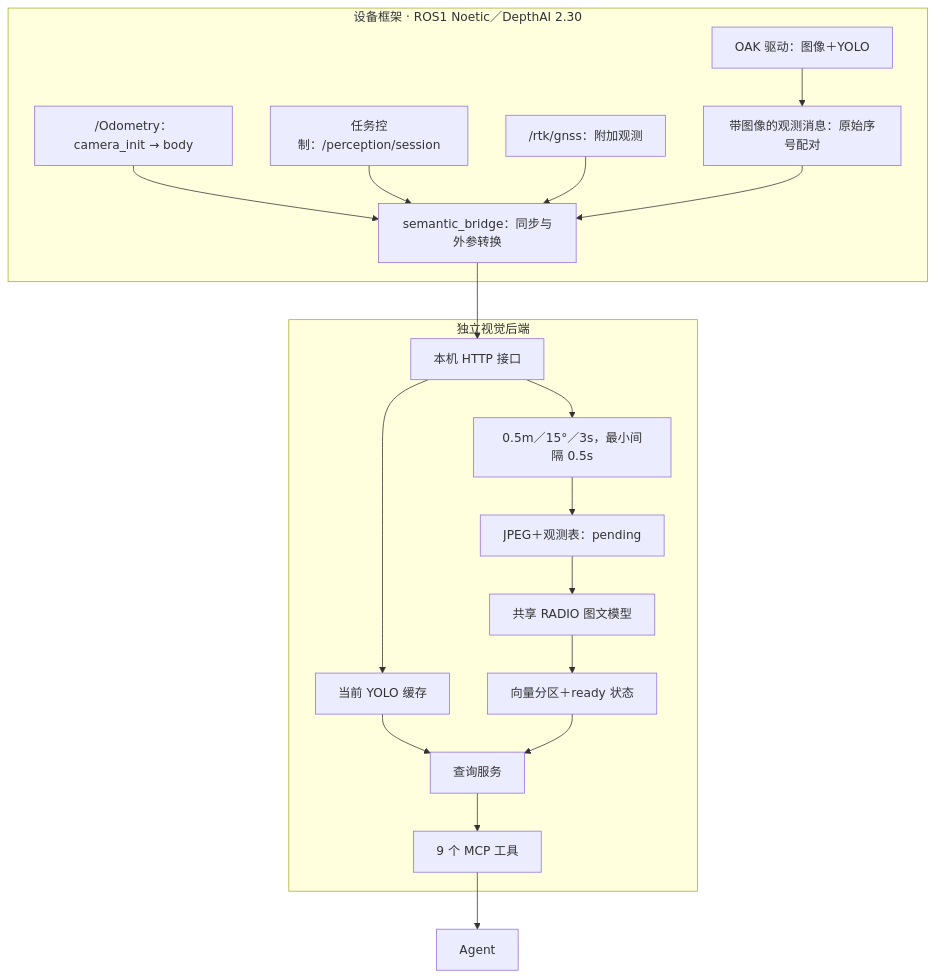
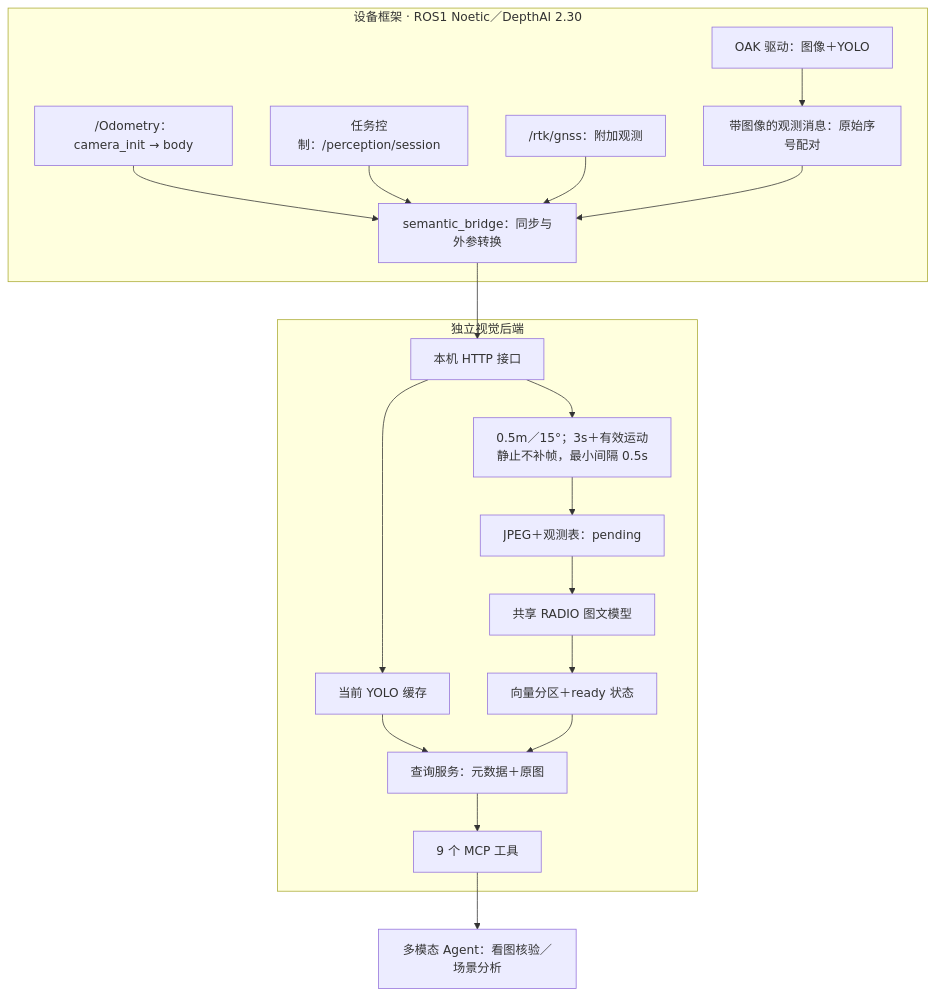
One commit to hit-wdy/slamibot-fieldmind changed the diagram in docs/slamibot_integration.md. Above: the diagram before and after it, drawn with Mermaid. The commit also changed other lines of this file and 12 other files, not shown here.

````diff
--- a/docs/slamibot_integration.md
+++ b/docs/slamibot_integration.md
@@ -11,22 +11,22 @@
 ```mermaid
 flowchart TB
     subgraph ROS["设备框架 · ROS1 Noetic／DepthAI 2.30"]
         OAK["OAK 驱动：图像＋YOLO"] --> OBS["带图像的观测消息：原始序号配对"]
         ODOM["/Odometry：camera_init → body"] --> BRIDGE["semantic_bridge：同步与外参转换"]
         TASK["任务控制：/perception/session"] --> BRIDGE
         RTK["/rtk/gnss：附加观测"] --> BRIDGE
         OBS --> BRIDGE
     end
     subgraph SERVICE["独立视觉后端"]
         HTTP["本机 HTTP 接口"] --> LIVE["当前 YOLO 缓存"]
-        HTTP --> SELECT["0.5m／15°／3s，最小间隔 0.5s"]
+        HTTP --> SELECT["0.5m／15°；3s＋有效运动<br/>静止不补帧，最小间隔 0.5s"]
         SELECT --> DB["JPEG＋观测表：pending"]
         DB --> RADIO["共享 RADIO 图文模型"]
         RADIO --> READY["向量分区＋ready 状态"]
-        LIVE --> QUERY["查询服务"]
+        LIVE --> QUERY["查询服务：元数据＋原图"]
         READY --> QUERY
         QUERY --> MCP["9 个 MCP 工具"]
     end
     BRIDGE --> HTTP
-    MCP --> AGENT[Agent]
+    MCP --> AGENT["多模态 Agent：看图核验／场景分析"]
 ```
````
